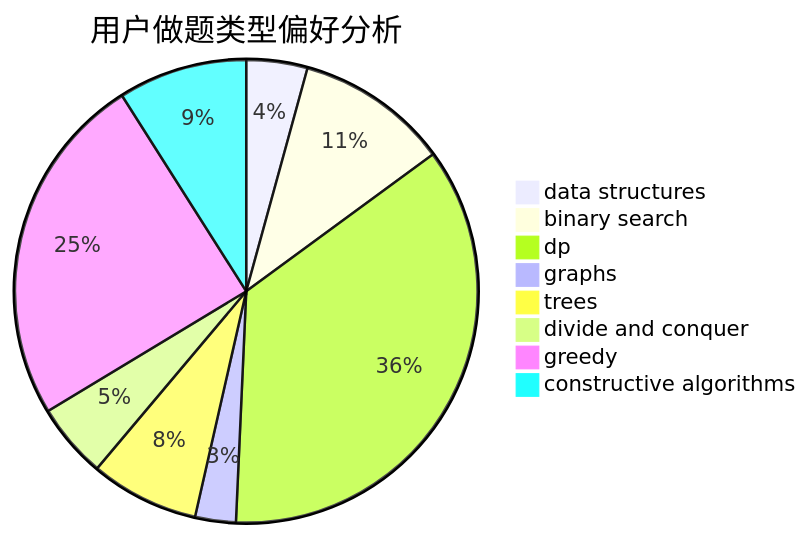
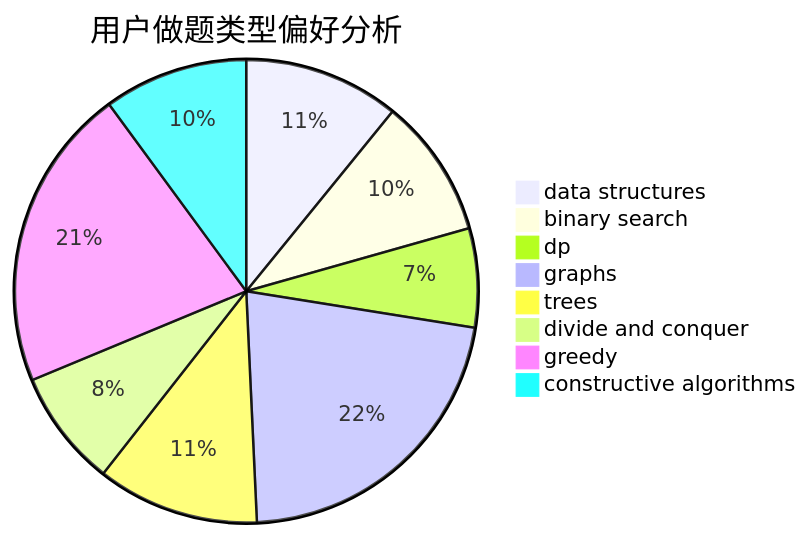
Before and after one commit to sherpahu/cfrs.github.io: the second of 3 diagrams in docs/user/u421.md, drawn with Mermaid. The commit also changed other lines of this file and 2770 other files, not shown here.

````diff
--- a/docs/user/u421.md
+++ b/docs/user/u421.md
@@ -23,11 +23,11 @@
 ```mermaid
 pie title 用户做题类型偏好分析
-    "data structures" :  18
-    "binary search" :  45
-    "dp" :  151
-    "graphs" :  12
-    "trees" :  32
-    "divide and conquer" :  22
-    "greedy" :  104
-    "constructive algorithms" :  38
+    "data structures" :  96
+    "binary search" :  86
+    "dp" :  61
+    "graphs" :  192
+    "trees" :  100
+    "divide and conquer" :  72
+    "greedy" :  187
+    "constructive algorithms" :  89
 ```
````
